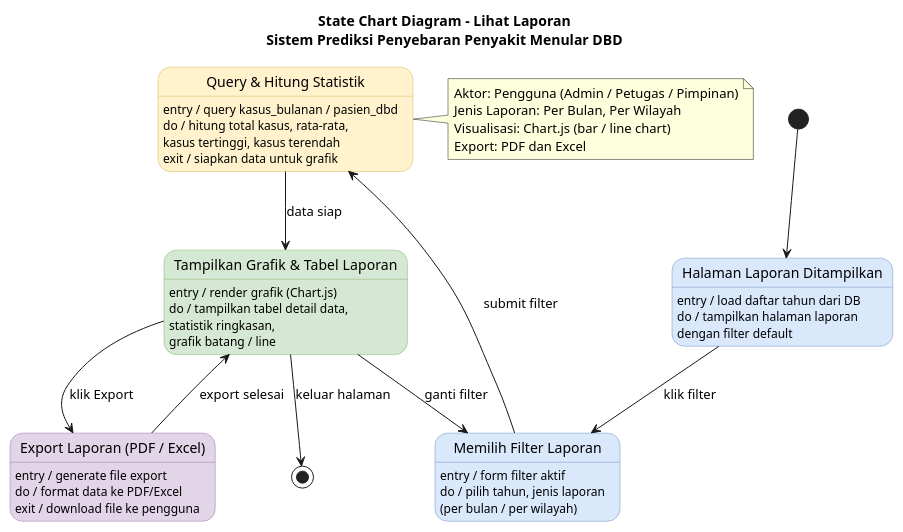
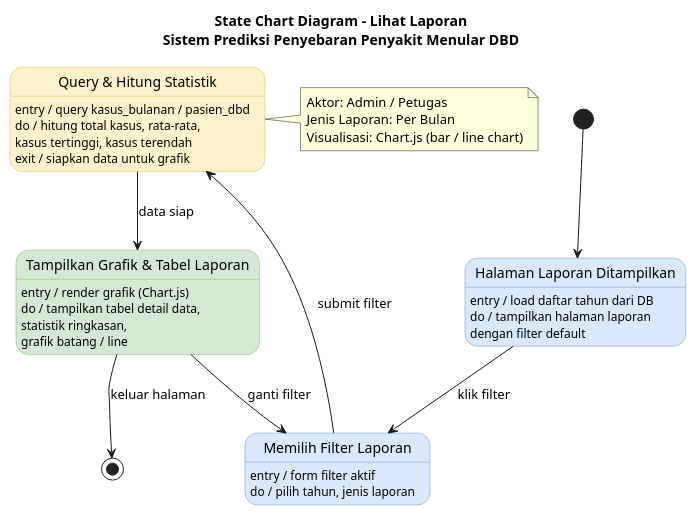
Before and after one commit to Suwardi87/prediksi-DBD: the diagram in Dokumen/UML/state_chart_laporan.puml, drawn with PlantUML. The commit also changed 43 other files, not shown here.

```diff
--- a/Dokumen/UML/state_chart_laporan.puml
+++ b/Dokumen/UML/state_chart_laporan.puml
@@ -1,66 +1,56 @@
 @startuml State Chart - Lihat Laporan
 title State Chart Diagram - Lihat Laporan\nSistem Prediksi Penyebaran Penyakit Menular DBD
 
 skinparam state {
   BackgroundColor<<blue>> #dae8fc
   BorderColor<<blue>> #6c8ebf
   BackgroundColor<<yellow>> #fff2cc
   BorderColor<<yellow>> #d6b656
   BackgroundColor<<green>> #d5e8d4
   BorderColor<<green>> #82b366
   BackgroundColor<<red>> #f8cecc
   BorderColor<<red>> #b85450
   BackgroundColor<<purple>> #e1d5e7
   BorderColor<<purple>> #9673a6
 }
 
 [*] --> HalamanLaporan
 
 state "Halaman Laporan Ditampilkan" as HalamanLaporan <<blue>> {
 }
 HalamanLaporan : entry / load daftar tahun dari DB
 HalamanLaporan : do / tampilkan halaman laporan
 HalamanLaporan :       dengan filter default
 
 state "Memilih Filter Laporan" as MemilihFilter <<blue>> {
 }
 MemilihFilter : entry / form filter aktif
 MemilihFilter : do / pilih tahun, jenis laporan
-MemilihFilter :       (per bulan / per wilayah)
 
 state "Query & Hitung Statistik" as QueryData <<yellow>> {
 }
 QueryData : entry / query kasus_bulanan / pasien_dbd
 QueryData : do / hitung total kasus, rata-rata,
 QueryData :       kasus tertinggi, kasus terendah
 QueryData : exit / siapkan data untuk grafik
 
 state "Tampilkan Grafik & Tabel Laporan" as TampilkanLaporan <<green>> {
 }
 TampilkanLaporan : entry / render grafik (Chart.js)
 TampilkanLaporan : do / tampilkan tabel detail data,
 TampilkanLaporan :       statistik ringkasan,
 TampilkanLaporan :       grafik batang / line
 
-state "Export Laporan (PDF / Excel)" as ExportLaporan <<purple>> {
-}
-ExportLaporan : entry / generate file export
-ExportLaporan : do / format data ke PDF/Excel
-ExportLaporan : exit / download file ke pengguna
-
 HalamanLaporan --> MemilihFilter : klik filter
 MemilihFilter --> QueryData : submit filter
 QueryData --> TampilkanLaporan : data siap
 TampilkanLaporan --> MemilihFilter : ganti filter
-TampilkanLaporan --> ExportLaporan : klik Export
-ExportLaporan --> TampilkanLaporan : export selesai
 TampilkanLaporan --> [*] : keluar halaman
 
 note right of QueryData
-  Aktor: Pengguna (Admin / Petugas / Pimpinan)
-  Jenis Laporan: Per Bulan, Per Wilayah
+  Aktor: Admin / Petugas
+  Jenis Laporan: Per Bulan
   Visualisasi: Chart.js (bar / line chart)
-  Export: PDF dan Excel
 end note
 
 @enduml
```
